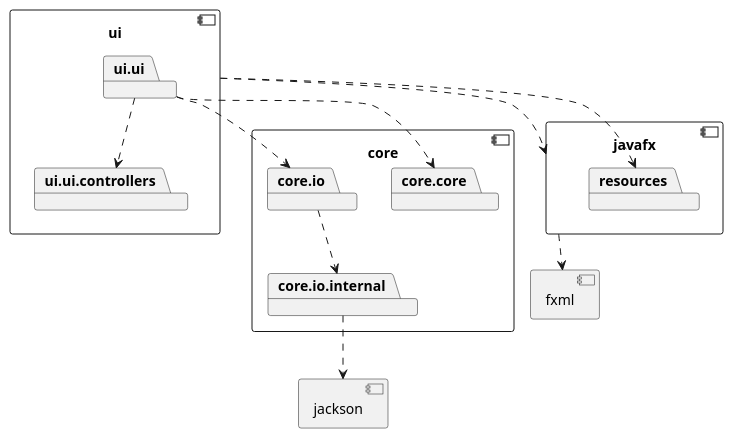
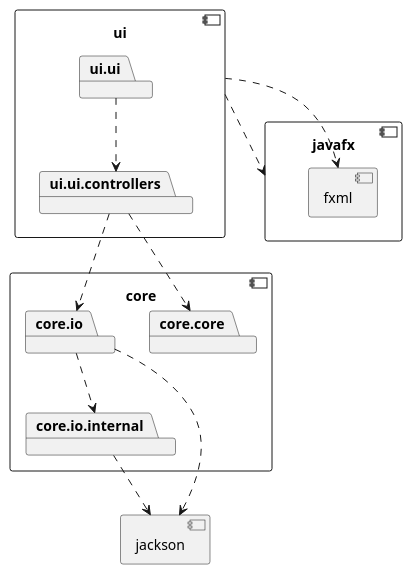
Before and after one commit to halvorlinder/IT1909---Quiz-App-Project: the diagram in Quiz-app/architecture.puml, drawn with PlantUML.

Commit message:
update architecture.puml for project

```diff
--- a/Quiz-app/architecture.puml
+++ b/Quiz-app/architecture.puml
@@ -2,40 +2,42 @@
 @startuml
 
 component core {
 	package core.core
 	package core.io
 	package core.io.internal
 }
 
 core.io ..> core.io.internal
+core.io ..> jackson
+core.io.internal ..> jackson
+
 component jackson {
 }
 
-core.io.internal ..> jackson
+
 
 
 component ui {
 	package ui.ui
 	package ui.ui.controllers
 }
 
 ui.ui ..> ui.ui.controllers
-ui.ui ..> core.core
-ui.ui ..> core.io
+ui.ui.controllers ..> core.core
+ui.ui.controllers ..> core.io
 
 component javafx {
-	package resources
+    component fxml{
+    }
 }
 
-component fxml{
-}
 
-javafx ..> fxml
 ui ..> javafx
-ui ..> resources
+ui ..> fxml
+
 
 
 
 
 
 @enduml
```
